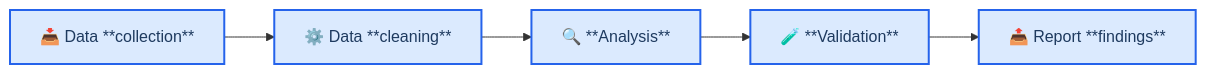
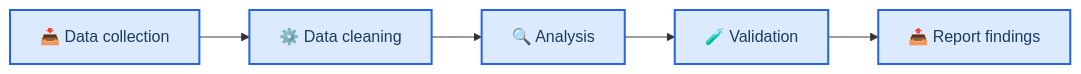
Before and after one commit to thereisnotime/skills-collection: the first of 2 diagrams in skills/K-Dense-AI--claude-scientific-skills/skills/markdown-mermaid-writing/templates/research_paper.md, drawn with Mermaid. The commit also changed other lines of this file and 4040 other files, not shown here.

Commit message:
sync: update skills repos, readme and charts

````diff
--- a/skills/K-Dense-AI--claude-scientific-skills/skills/markdown-mermaid-writing/templates/research_paper.md
+++ b/skills/K-Dense-AI--claude-scientific-skills/skills/markdown-mermaid-writing/templates/research_paper.md
@@ -129,13 +131,13 @@
 ```mermaid
 flowchart LR
     accTitle: Research Methodology Flow
     accDescr: Four-phase research process from data collection through analysis to validation and reporting
 
-    collect[📥 Data **collection**] --> clean[⚙️ Data **cleaning**]
-    clean --> analyze[🔍 **Analysis**]
-    analyze --> validate[🧪 **Validation**]
-    validate --> report[📤 Report **findings**]
+    collect[📥 Data collection] --> clean[⚙️ Data cleaning]
+    clean --> analyze[🔍 Analysis]
+    analyze --> validate[🧪 Validation]
+    validate --> report[📤 Report findings]
 
     classDef process fill:#dbeafe,stroke:#2563eb,stroke-width:2px,color:#1e3a5f
     class collect,clean,analyze,validate,report process
 ```
````
